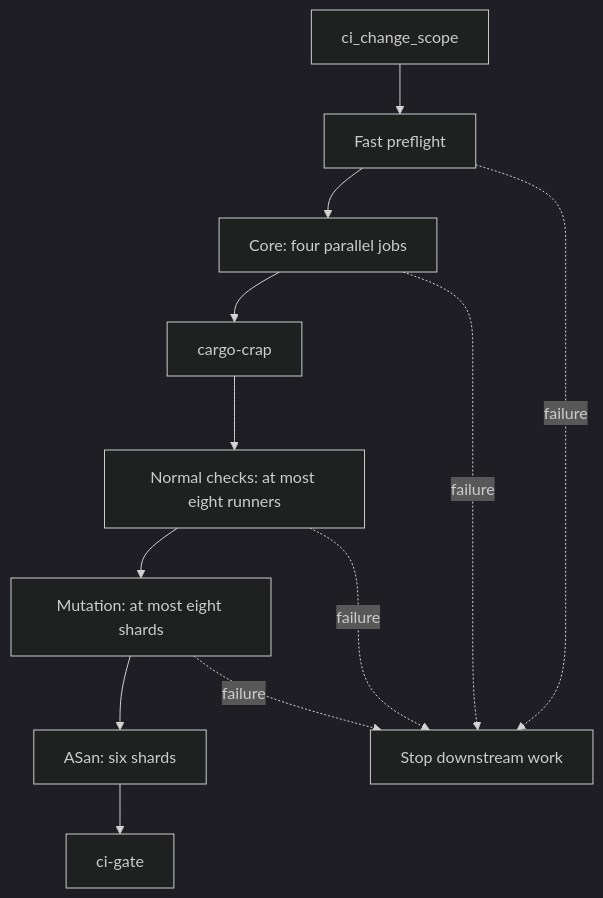
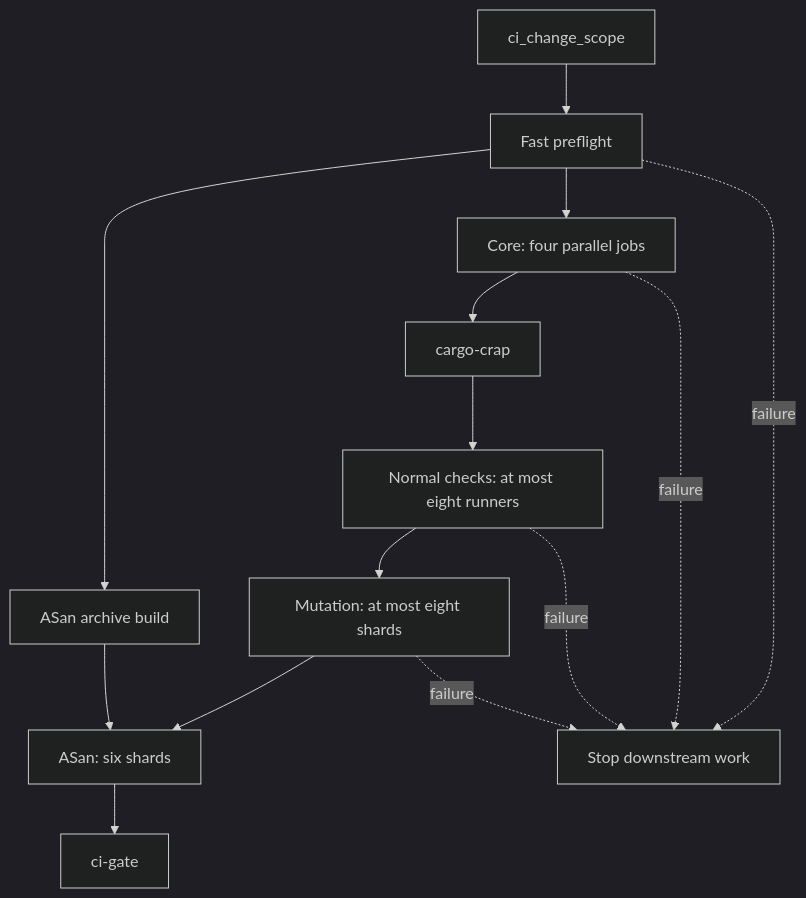
One commit to arceushui/pigloros changed the fourth of 14 diagrams in CONTRIBUTING.md. Above: the diagram before and after it, drawn with Mermaid (dark theme). The commit also changed other lines of this file and 3 other files, not shown here.

First line of the commit message:
[canary] Build ASan tests once as a nextest archive

````diff
--- a/CONTRIBUTING.md
+++ b/CONTRIBUTING.md
@@ -144,14 +145,16 @@
 ```mermaid
 flowchart TD
     S["ci_change_scope"] --> P["Fast preflight"]
     P --> C["Core: four parallel jobs"]
     C --> R["cargo-crap"]
     R --> N["Normal checks: at most eight runners"]
     N --> M["Mutation: at most eight shards"]
     M --> A["ASan: six shards"]
+    P --> AB["ASan archive build"]
+    AB --> A
     A --> G["ci-gate"]
     P -. "failure" .-> X["Stop downstream work"]
     C -. "failure" .-> X
     N -. "failure" .-> X
     M -. "failure" .-> X
 ```
````
